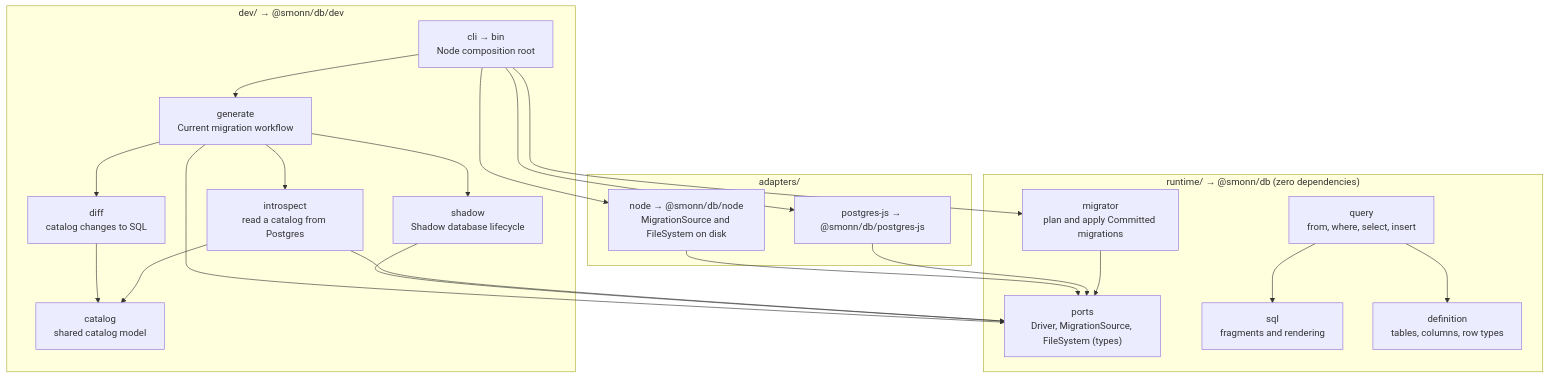
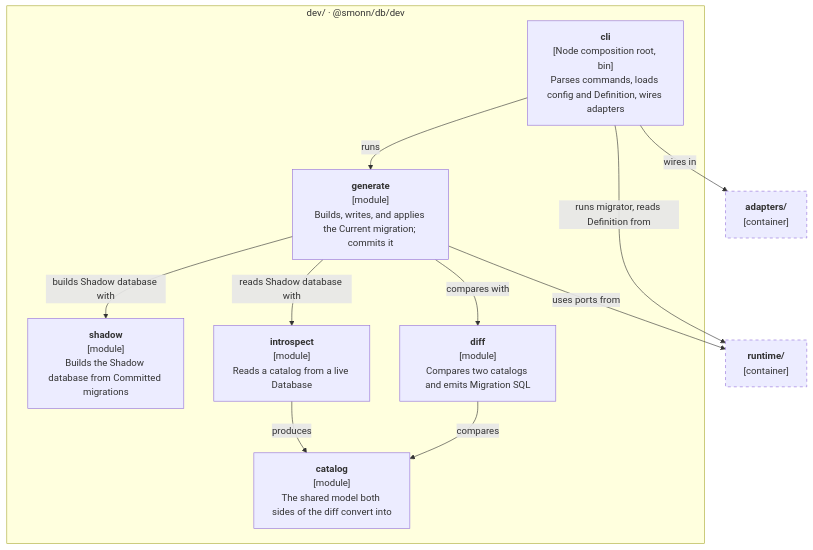
One commit to smonn/db changed the fourth of 5 diagrams in docs/architecture.md. Above: the diagram before and after it, drawn with Mermaid. The commit also changed other lines of this file, not shown here.

Commit message:
docs: split module map into C4 container and component diagrams

````diff
--- a/docs/architecture.md
+++ b/docs/architecture.md
@@ -9,42 +86,27 @@
 ```mermaid
 flowchart TB
-  subgraph runtime["runtime/ → @smonn/db (zero dependencies)"]
-    ports["ports<br/>Driver, MigrationSource, FileSystem (types)"]
-    sql["sql<br/>fragments and rendering"]
-    definition["definition<br/>tables, columns, row types"]
-    query["query<br/>from, where, select, insert"]
-    migrator["migrator<br/>plan and apply Committed migrations"]
+  subgraph dev["dev/ · @smonn/db/dev"]
+    cli["<b>cli</b><br/>[Node composition root, bin]<br/>Parses commands, loads config and Definition, wires adapters"]
+    generate["<b>generate</b><br/>[module]<br/>Builds, writes, and applies the Current migration; commits it"]
+    shadow["<b>shadow</b><br/>[module]<br/>Builds the Shadow database from Committed migrations"]
+    introspect["<b>introspect</b><br/>[module]<br/>Reads a catalog from a live Database"]
+    diff["<b>diff</b><br/>[module]<br/>Compares two catalogs and emits Migration SQL"]
+    catalog["<b>catalog</b><br/>[module]<br/>The shared model both sides of the diff convert into"]
   end
 
-  subgraph adapters["adapters/"]
-    pgjs["postgres-js → @smonn/db/postgres-js"]
-    node["node → @smonn/db/node<br/>MigrationSource and FileSystem on disk"]
-  end
+  runtime["<b>runtime/</b><br/>[container]"]
+  adapters["<b>adapters/</b><br/>[container]"]
 
-  subgraph dev["dev/ → @smonn/db/dev"]
-    catalog["catalog<br/>shared catalog model"]
-    introspect["introspect<br/>read a catalog from Postgres"]
-    diff["diff<br/>catalog changes to SQL"]
-    shadow["shadow<br/>Shadow database lifecycle"]
-    generate["generate<br/>Current migration workflow"]
-    cli["cli → bin<br/>Node composition root"]
-  end
+  cli -- "runs" --> generate
+  generate -- "builds Shadow database with" --> shadow
+  generate -- "reads Shadow database with" --> introspect
+  generate -- "compares with" --> diff
+  introspect -- "produces" --> catalog
+  diff -- "compares" --> catalog
+  cli -- "runs migrator, reads Definition from" --> runtime
+  generate -- "uses ports from" --> runtime
+  cli -- "wires in" --> adapters
 
-  query --> sql
-  query --> definition
-  migrator --> ports
-  introspect --> ports
-  shadow --> ports
-  generate --> ports
-  pgjs --> ports
-  node --> ports
-  introspect --> catalog
-  diff --> catalog
-  generate --> diff
-  generate --> introspect
-  generate --> shadow
-  cli --> generate
-  cli --> migrator
-  cli --> pgjs
-  cli --> node
+  classDef external stroke-dasharray: 5 5
+  class runtime,adapters external
 ```
````
